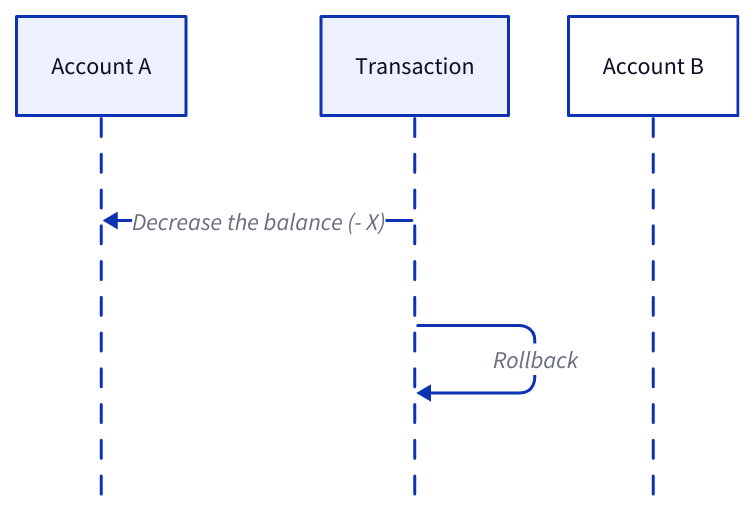
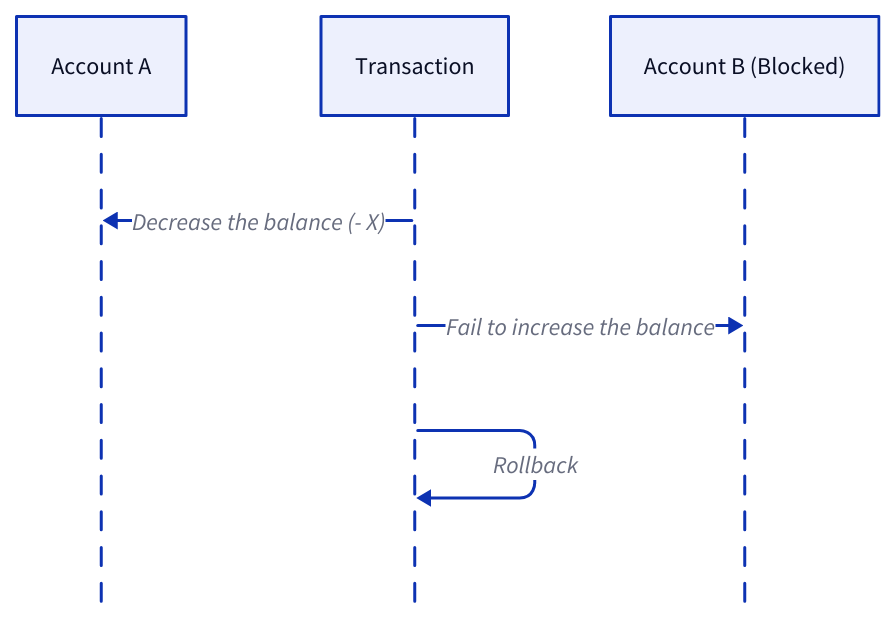
The third of 29 diagrams in content/docs/data-persistence/sql-database/concurrency-control.md (link1905/system-design-101), drawn with D2 before and after one commit. The commit also changed other lines of this file and 40 other files, not shown here.

````diff
--- a/content/docs/data-persistence/sql-database/concurrency-control.md
+++ b/content/docs/data-persistence/sql-database/concurrency-control.md
@@ -98,10 +108,13 @@
 ```d2
 shape: sequence_diagram
 a: Account A
 t: Transaction
-b: Account B
+b: Account B (Blocked)
 t -> a: Decrease the balance (- X)
+t -> b: Fail to increase the balance {
+  class: error-conn
+}
 t -> t: Rollback {
-    class: error-conn
+  class: error-conn
 }
 ```
````
